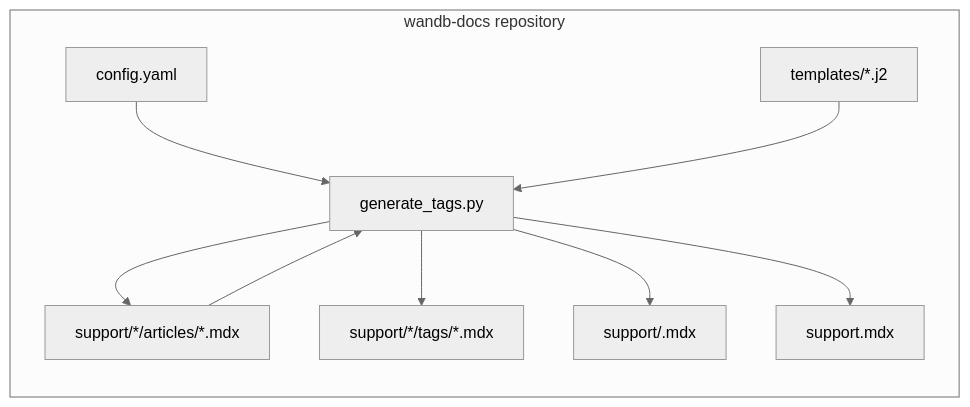
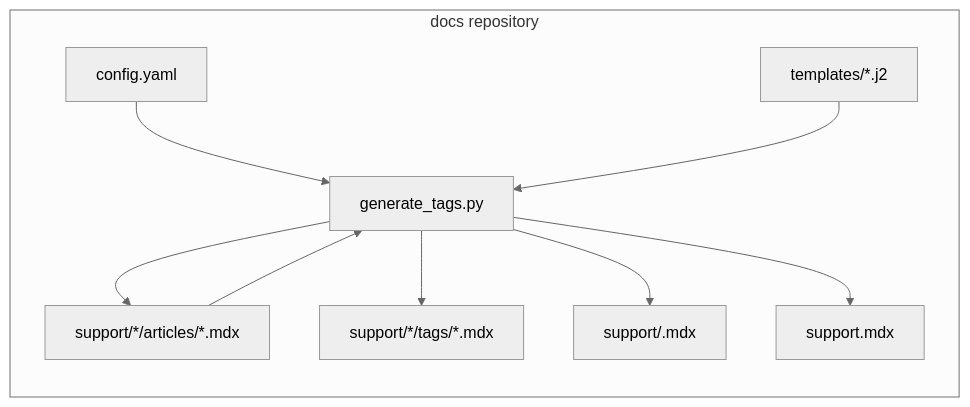
Before and after one commit to wandb/docs: the first of 4 diagrams in scripts/knowledgebase-nav/Architecture.md, drawn with Mermaid (neutral theme). The commit also changed other lines of this file and 10 other files, not shown here.

````diff
--- a/scripts/knowledgebase-nav/Architecture.md
+++ b/scripts/knowledgebase-nav/Architecture.md
@@ -13,19 +13,19 @@
 ```mermaid
 flowchart LR
-  subgraph repo["wandb-docs repository"]
+  subgraph repo["docs repository"]
     CFG["config.yaml"]
     TPL["templates/*.j2"]
     ART["support/*/articles/*.mdx"]
     GEN["generate_tags.py"]
     OUT1["support/*/tags/*.mdx"]
     OUT2["support/<product>.mdx"]
     SM["support.mdx"]
   end
   CFG --> GEN
   TPL --> GEN
   ART --> GEN
   GEN --> OUT1
   GEN --> OUT2
   GEN --> SM
   GEN --> ART
 ```
````
